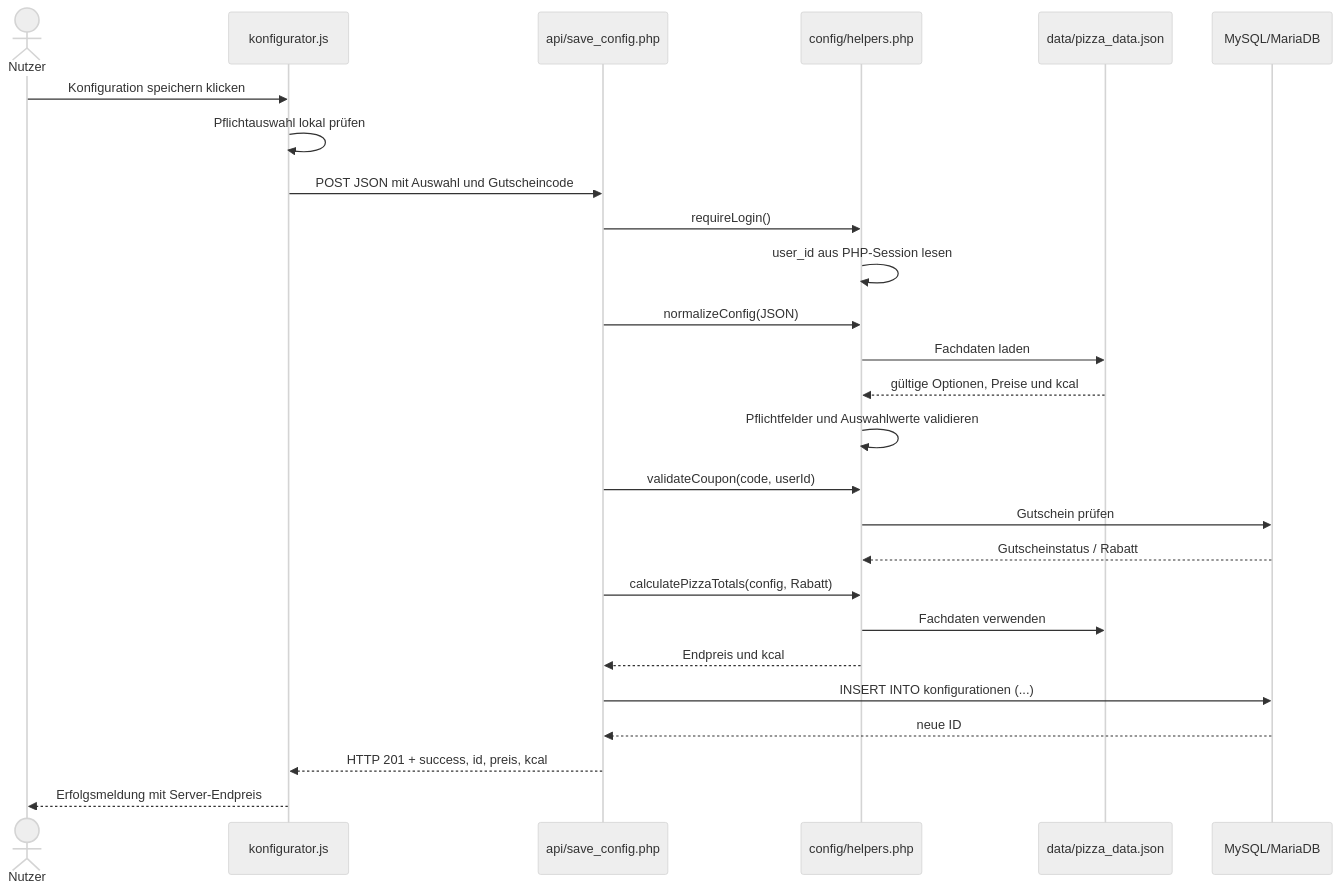
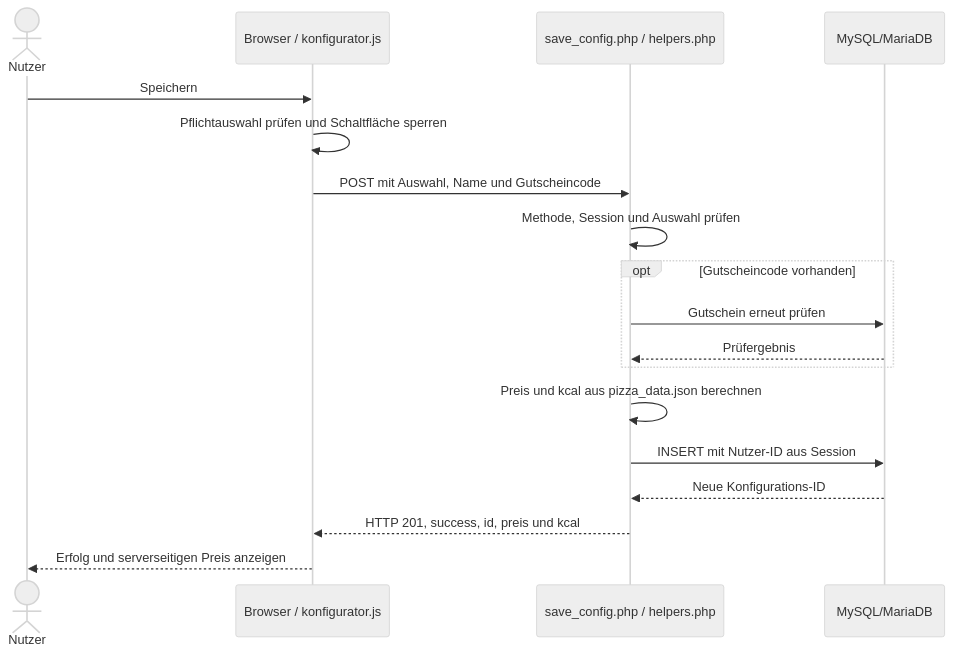
The fourth of 4 diagrams in docs/arch/A06 - Laufzeitsicht.md (Familienmann89/Pizza-Tracker-), drawn with Mermaid (neutral theme) before and after one commit. The commit also changed other lines of this file, not shown here.

````diff
--- a/docs/arch/A06 - Laufzeitsicht.md
+++ b/docs/arch/A06 - Laufzeitsicht.md
@@ -280,29 +160,20 @@
 ```mermaid
 sequenceDiagram
     actor N as Nutzer
-    participant J as konfigurator.js
-    participant A as api/save_config.php
-    participant H as config/helpers.php
-    participant P as data/pizza_data.json
-    participant DB as MySQL/MariaDB
-
-    N->>J: Konfiguration speichern klicken
-    J->>J: Pflichtauswahl lokal prüfen
-    J->>A: POST JSON mit Auswahl und Gutscheincode
-    A->>H: requireLogin()
-    H->>H: user_id aus PHP-Session lesen
-    A->>H: normalizeConfig(JSON)
-    H->>P: Fachdaten laden
-    P-->>H: gültige Optionen, Preise und kcal
-    H->>H: Pflichtfelder und Auswahlwerte validieren
-    A->>H: validateCoupon(code, userId)
-    H->>DB: Gutschein prüfen
-    DB-->>H: Gutscheinstatus / Rabatt
-    A->>H: calculatePizzaTotals(config, Rabatt)
-    H->>P: Fachdaten verwenden
-    H-->>A: Endpreis und kcal
-    A->>DB: INSERT INTO konfigurationen (...)
-    DB-->>A: neue ID
-    A-->>J: HTTP 201 + success, id, preis, kcal
-    J-->>N: Erfolgsmeldung mit Server-Endpreis
+    participant B as Browser / konfigurator.js
+    participant A as save_config.php / helpers.php
+    participant D as MySQL/MariaDB
+    N->>B: Speichern
+    B->>B: Pflichtauswahl prüfen und Schaltfläche sperren
+    B->>A: POST mit Auswahl, Name und Gutscheincode
+    A->>A: Methode, Session und Auswahl prüfen
+    opt Gutscheincode vorhanden
+        A->>D: Gutschein erneut prüfen
+        D-->>A: Prüfergebnis
+    end
+    A->>A: Preis und kcal aus pizza_data.json berechnen
+    A->>D: INSERT mit Nutzer-ID aus Session
+    D-->>A: Neue Konfigurations-ID
+    A-->>B: HTTP 201, success, id, preis und kcal
+    B-->>N: Erfolg und serverseitigen Preis anzeigen
 ```
````
